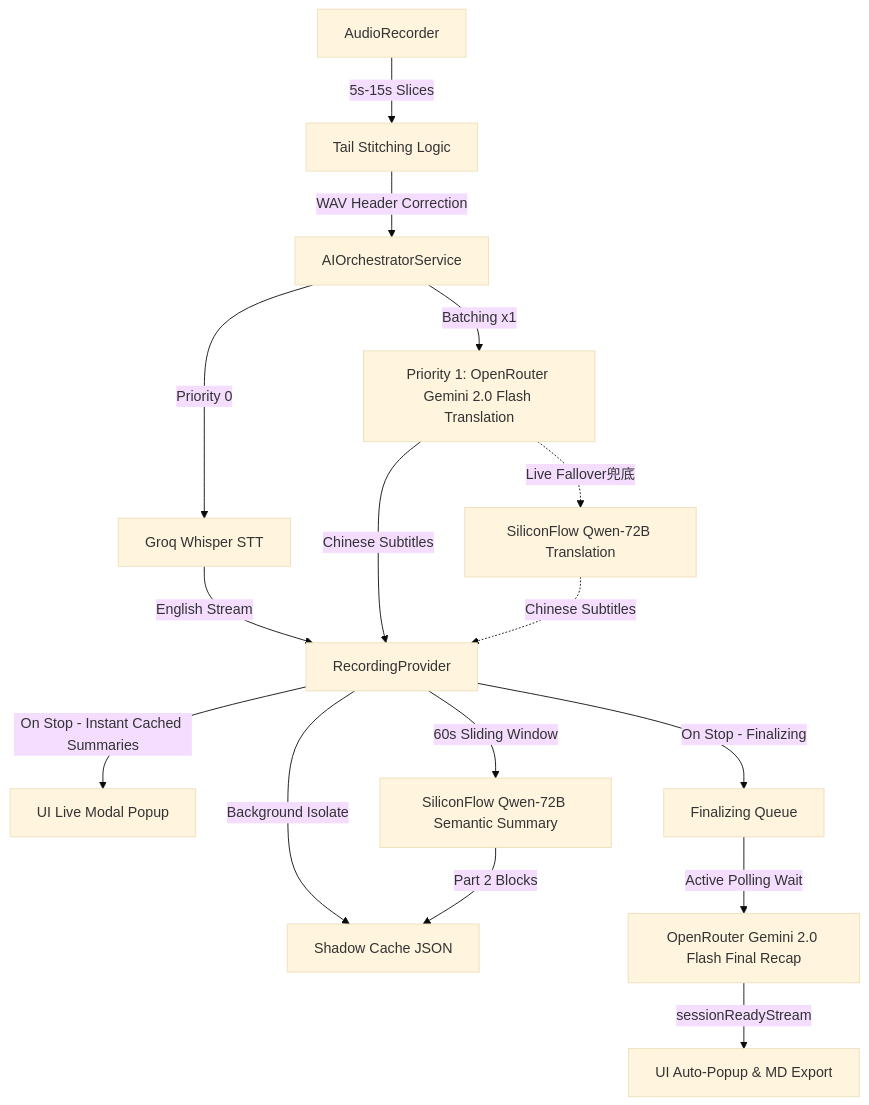
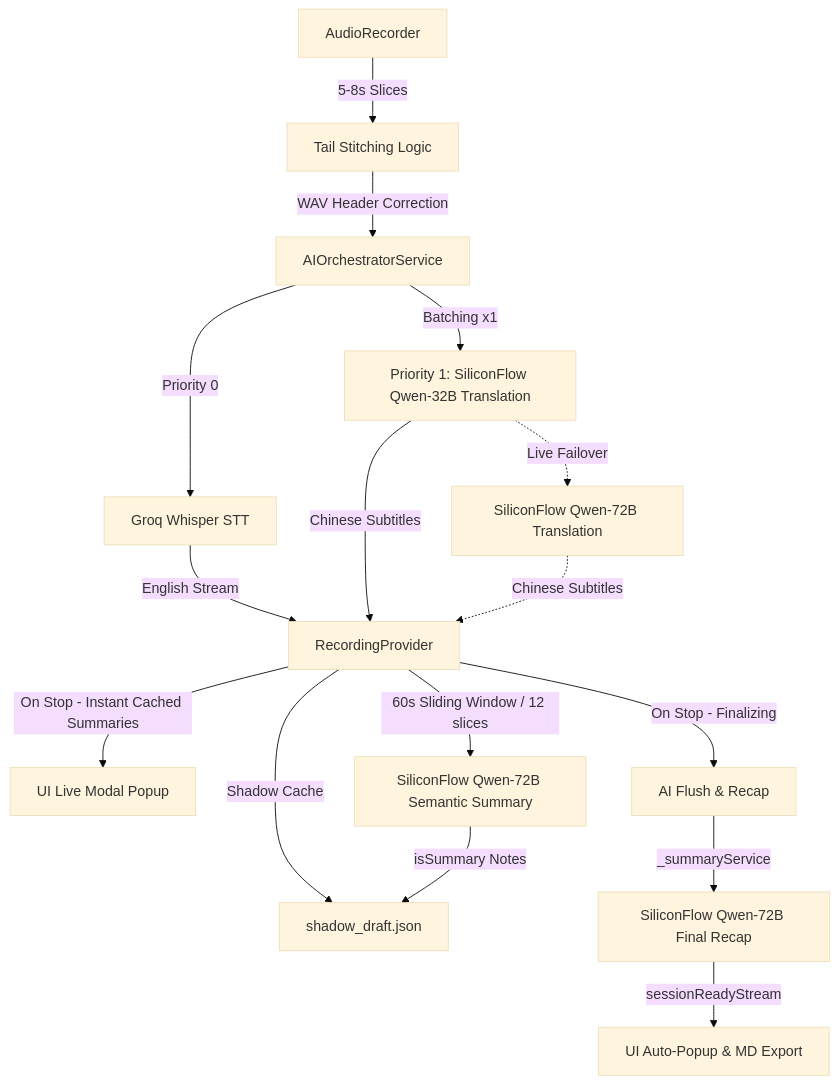
The diagram in ARCHITECTURE.md (weiweicici/Jeff_notes), drawn with Mermaid (base theme) before and after one commit. The commit also changed other lines of this file and 59 other files, not shown here.

````diff
--- a/ARCHITECTURE.md
+++ b/ARCHITECTURE.md
@@ -7,18 +7,18 @@
 ```mermaid
 graph TD
-    A[AudioRecorder] -->|5s-15s Slices| B[Tail Stitching Logic]
+    A[AudioRecorder] -->|5-8s Slices| B[Tail Stitching Logic]
     B -->|WAV Header Correction| C[AIOrchestratorService]
     C -->|Priority 0| D[Groq Whisper STT]
     D -->|English Stream| E[RecordingProvider]
-    C -->|Batching x1| F[Priority 1: OpenRouter Gemini 2.0 Flash Translation]
+    C -->|Batching x1| F[Priority 1: SiliconFlow Qwen-32B Translation]
     F -->|Chinese Subtitles| E
-    F -.->|Live Fallover兜底| SF[SiliconFlow Qwen-72B Translation]
+    F -.->|Live Failover| SF[SiliconFlow Qwen-72B Translation]
     SF -.->|Chinese Subtitles| E
-    E -->|Background Isolate| G[Shadow Cache JSON]
+    E -->|Shadow Cache| G[shadow_draft.json]
     E -->|On Stop - Instant Cached Summaries| POP[UI Live Modal Popup]
-    E -->|On Stop - Finalizing| H[Finalizing Queue]
-    H -->|Active Polling Wait| I[OpenRouter Gemini 2.0 Flash Final Recap]
-    E -->|60s Sliding Window| QW[SiliconFlow Qwen-72B Semantic Summary]
-    QW -->|Part 2 Blocks| G
+    E -->|On Stop - Finalizing| H[AI Flush & Recap]
+    H -->|_summaryService| I[SiliconFlow Qwen-72B Final Recap]
+    E -->|60s Sliding Window / 12 slices| QW[SiliconFlow Qwen-72B Semantic Summary]
+    QW -->|isSummary Notes| G
     I -->|sessionReadyStream| J[UI Auto-Popup & MD Export]
 ```
````
